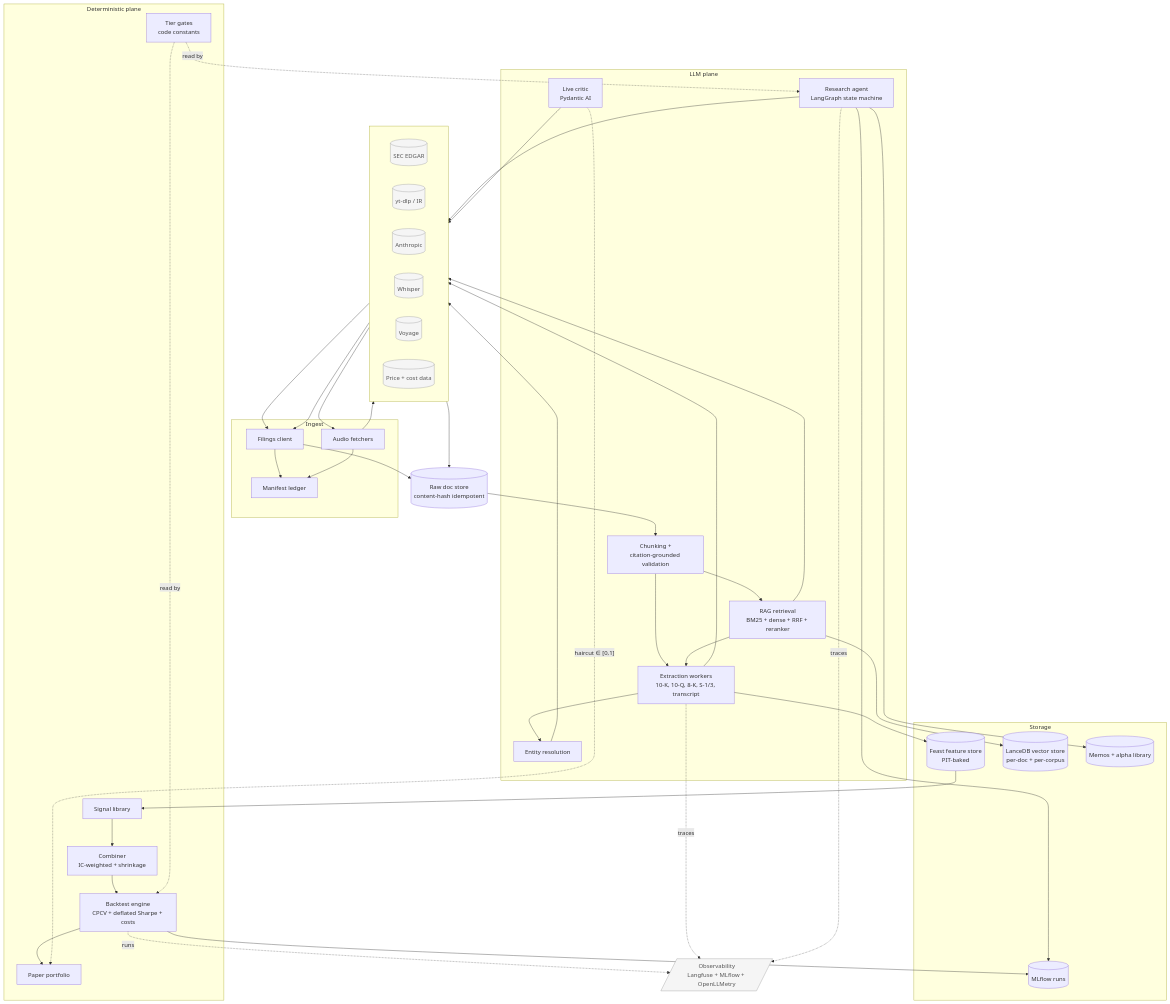
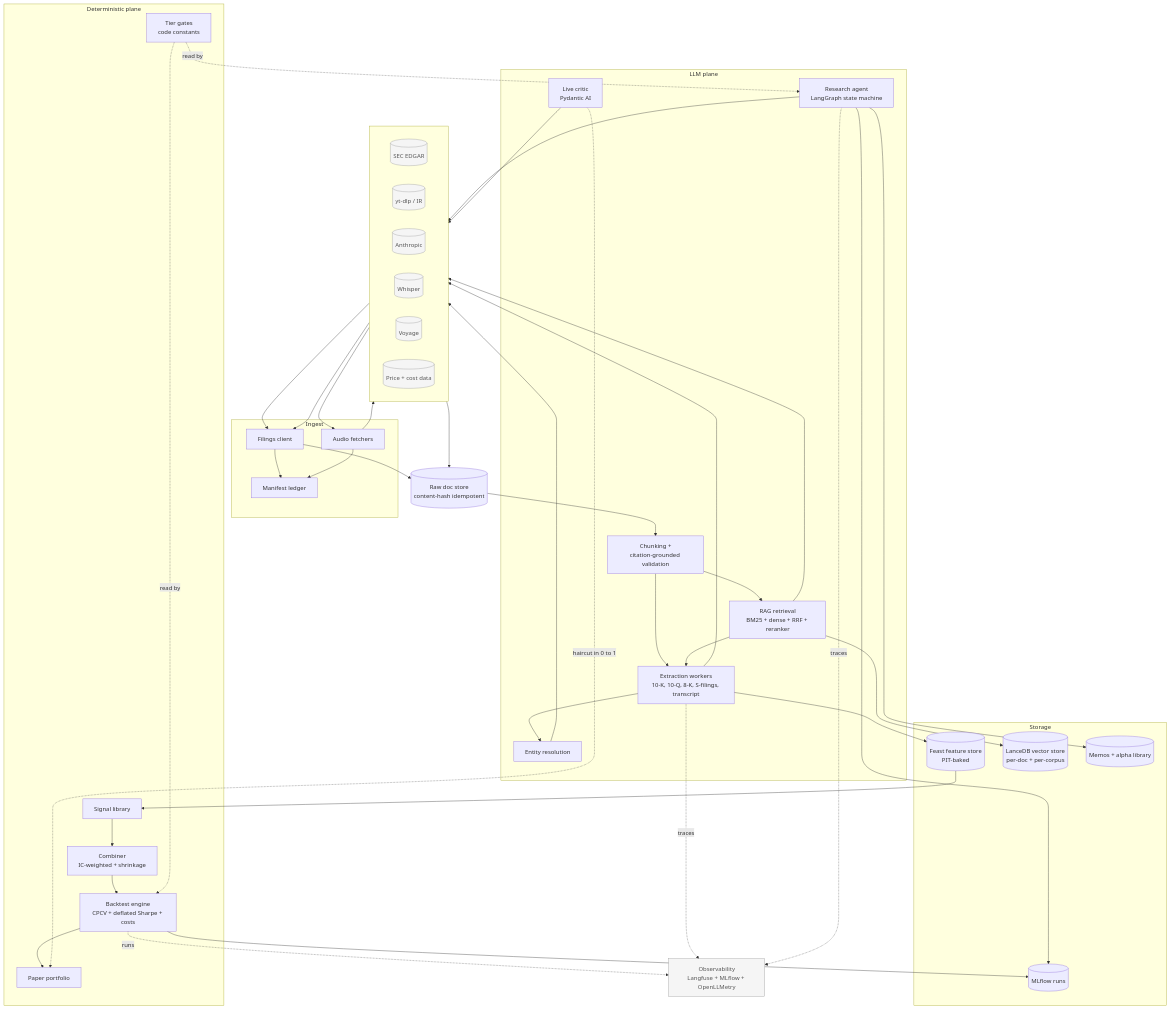
Before and after one commit to investlink-ai/auto-research: the third of 6 diagrams in docs/ARCHITECTURE.md, drawn with Mermaid. The commit also changed other lines of this file, not shown here.

```diff
--- a/docs/ARCHITECTURE.md
+++ b/docs/ARCHITECTURE.md
@@ -116,33 +117,33 @@
         i3[Manifest ledger]
     end
 
-    raw[(Raw doc store<br/>content-hash idempotent)]
+    raw[(Raw doc store<br>content-hash idempotent)]
 
     subgraph llmplane["LLM plane"]
-        chunk[Chunking +<br/>citation-grounded validation]
-        rag[RAG retrieval<br/>BM25 + dense + RRF + reranker]
-        workers[Extraction workers<br/>10-K, 10-Q, 8-K, S-1/3, transcript]
+        chunk[Chunking +<br>citation-grounded validation]
+        rag[RAG retrieval<br>BM25 + dense + RRF + reranker]
+        workers[Extraction workers<br>10-K, 10-Q, 8-K, S-filings, transcript]
         ent[Entity resolution]
-        agents[Research agent<br/>LangGraph state machine]
-        crit[Live critic<br/>Pydantic AI]
+        agents[Research agent<br>LangGraph state machine]
+        crit[Live critic<br>Pydantic AI]
     end
 
     subgraph store["Storage"]
-        feast[(Feast feature store<br/>PIT-baked)]
-        lance[(LanceDB vector store<br/>per-doc + per-corpus)]
+        feast[(Feast feature store<br>PIT-baked)]
+        lance[(LanceDB vector store<br>per-doc + per-corpus)]
         mem[(Memos + alpha library)]
         mlflow[(MLflow runs)]
     end
 
     subgraph det["Deterministic plane"]
         signals[Signal library]
-        combiner[Combiner<br/>IC-weighted + shrinkage]
-        bt[Backtest engine<br/>CPCV + deflated Sharpe + costs]
+        combiner[Combiner<br>IC-weighted + shrinkage]
+        bt[Backtest engine<br>CPCV + deflated Sharpe + costs]
         port[Paper portfolio]
-        gates[Tier gates<br/>code constants]
+        gates[Tier gates<br>code constants]
     end
 
-    obs[/Observability<br/>Langfuse + MLflow + OpenLLMetry/]
+    obs[Observability<br>Langfuse + MLflow + OpenLLMetry]
 
     edgar --> i1
     ytdlp --> i2
@@ -176,7 +177,7 @@
     agents --> mem
     agents --> mlflow
     crit --> anth
-    crit -. "haircut ∈ [0,1]" .-> port
+    crit -. "haircut in 0 to 1" .-> port
 
     workers -. traces .-> obs
     agents -. traces .-> obs
```
